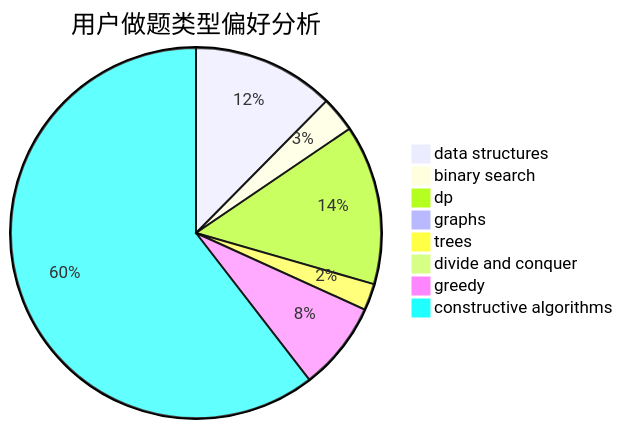
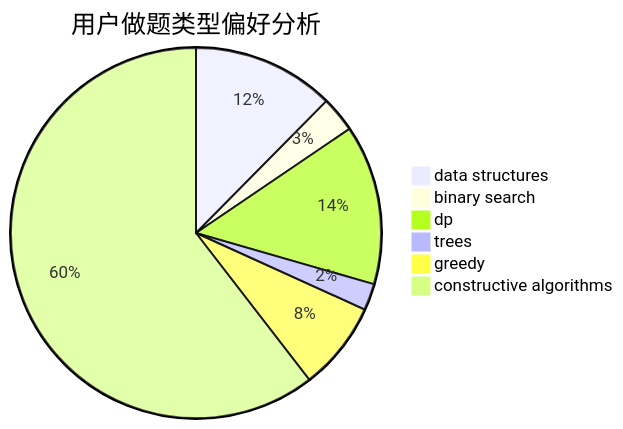
The second of 3 diagrams in docs/user/u2525.md (sherpahu/cfrs.github.io), drawn with Mermaid before and after one commit. The commit also changed other lines of this file and 2770 other files, not shown here.

````diff
--- a/docs/user/u2525.md
+++ b/docs/user/u2525.md
@@ -18,11 +16,9 @@
 ```mermaid
 pie title 用户做题类型偏好分析
     "data structures" :  16
     "binary search" :  4
     "dp" :  18
-    "graphs" :  0
     "trees" :  3
-    "divide and conquer" :  0
     "greedy" :  10
     "constructive algorithms" :  78
 ```
````
